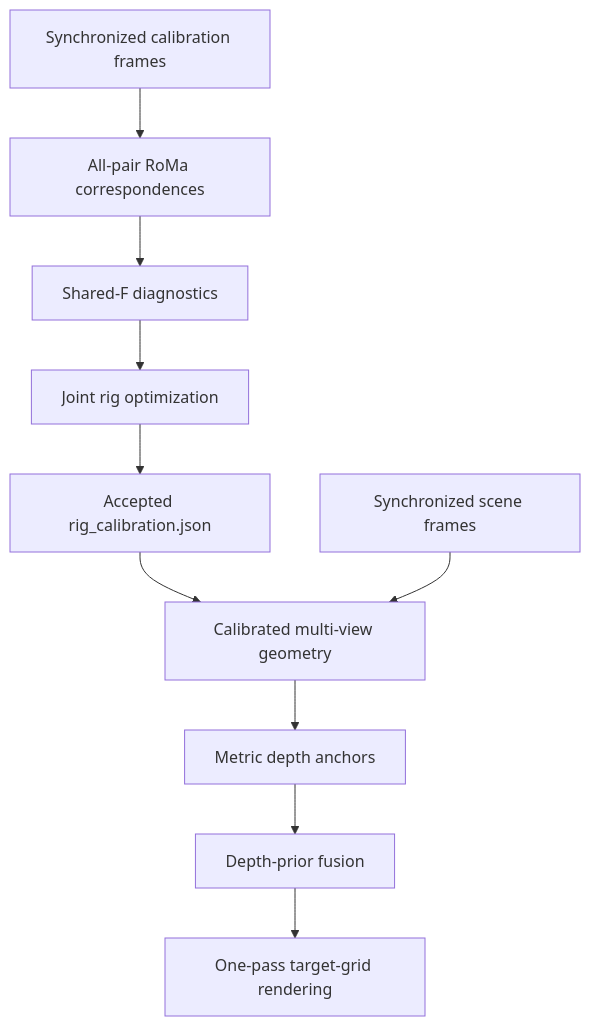
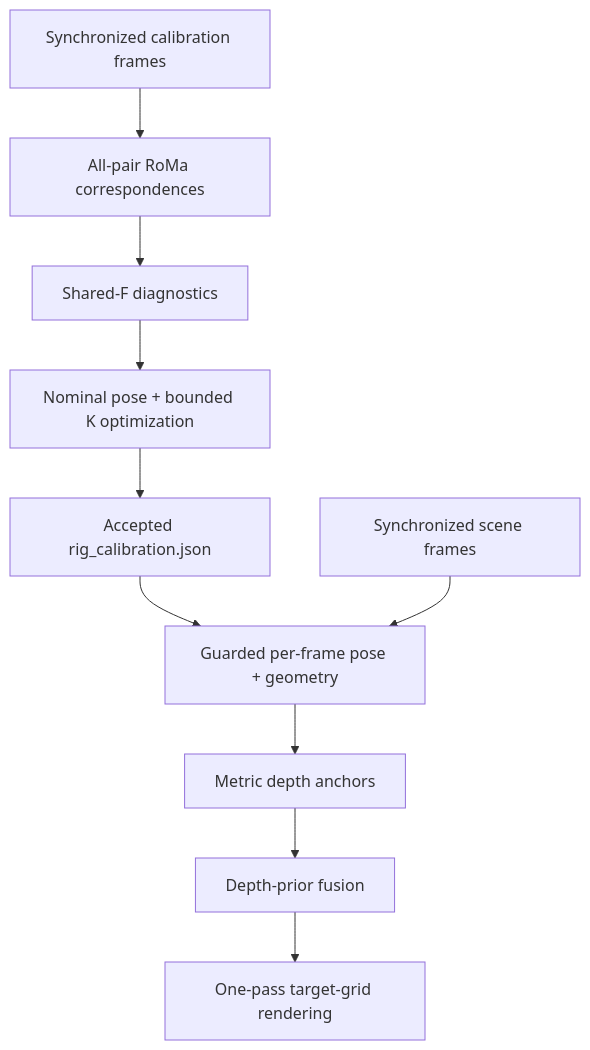
Before and after one commit to murkenzie/calibrate-align: the diagram in README.md, drawn with Mermaid. The commit also changed other lines of this file and 19 other files, not shown here.

````diff
--- a/README.md
+++ b/README.md
@@ -103,12 +140,12 @@
 ```mermaid
 flowchart TD
     A["Synchronized calibration frames"] --> B["All-pair RoMa correspondences"]
     B --> C["Shared-F diagnostics"]
-    C --> D["Joint rig optimization"]
+    C --> D["Nominal pose + bounded K optimization"]
     D --> E["Accepted rig_calibration.json"]
-    E --> F["Calibrated multi-view geometry"]
+    E --> F["Guarded per-frame pose + geometry"]
     G["Synchronized scene frames"] --> F
     F --> H["Metric depth anchors"]
     H --> I["Depth-prior fusion"]
     I --> J["One-pass target-grid rendering"]
 ```
````
